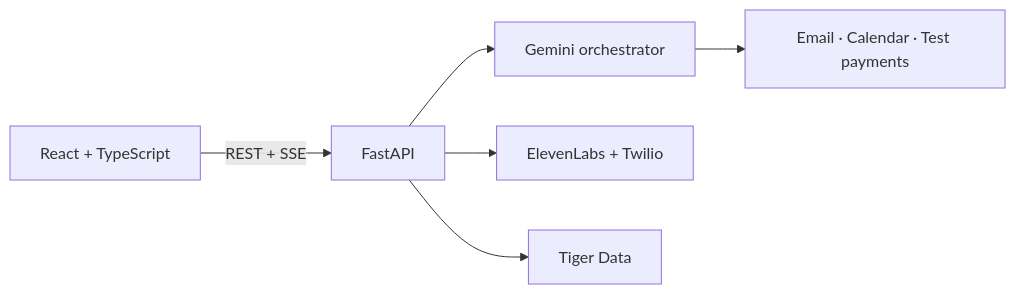
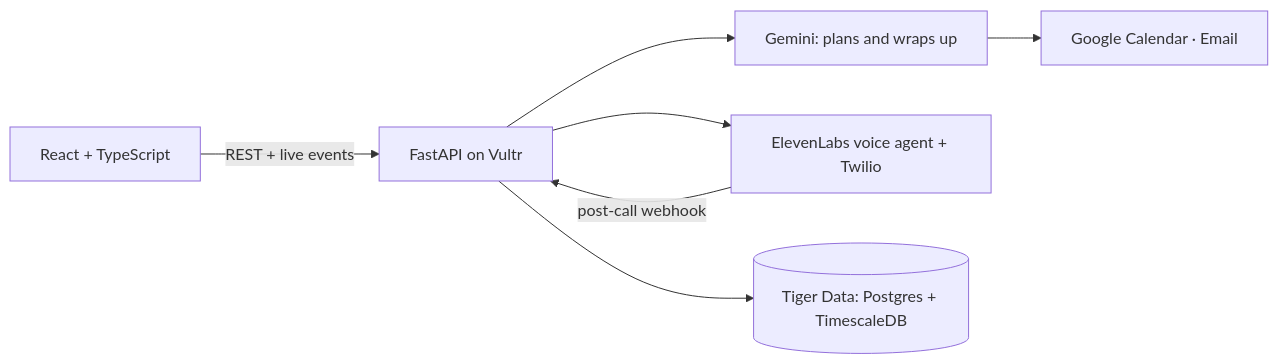
The diagram in README.md (JamilHassiba/oxhack26), drawn with Mermaid before and after one commit. The commit also changed other lines of this file, not shown here.

````diff
--- a/README.md
+++ b/README.md
@@ -47,8 +19,9 @@
 ```mermaid
 flowchart LR
-  UI[React + TypeScript] -->|REST + SSE| API[FastAPI]
-  API --> Gemini[Gemini orchestrator]
-  API --> Voice[ElevenLabs + Twilio]
-  API --> DB[Tiger Data]
-  Gemini --> Tools[Email · Calendar · Test payments]
+  UI[React + TypeScript] -->|REST + live events| API[FastAPI on Vultr]
+  API --> Gemini[Gemini: plans and wraps up]
+  API --> Voice[ElevenLabs voice agent + Twilio]
+  Voice -->|post-call webhook| API
+  API --> DB[(Tiger Data: Postgres + TimescaleDB)]
+  Gemini --> Tools[Google Calendar · Email]
 ```
````
